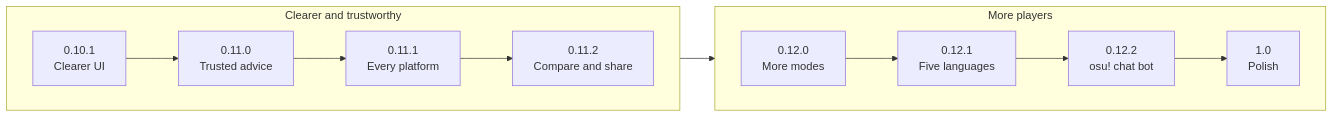
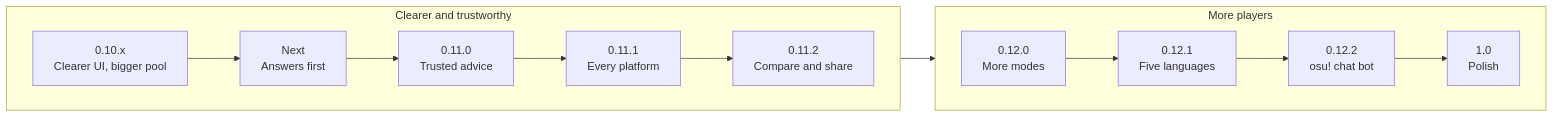
One commit to DeMotione/osu-coach changed the diagram in ROADMAP.md. Above: the diagram before and after it, drawn with Mermaid. The commit also changed other lines of this file and 1 other file, not shown here.

Commit message:
README and roadmap: bring them up to date with 0.10.3 and main

````diff
--- a/ROADMAP.md
+++ b/ROADMAP.md
@@ -18,12 +9,12 @@
 ```mermaid
 flowchart LR
     subgraph s1 ["Clearer and trustworthy"]
         direction LR
-        A["0.10.1<br/>Clearer UI"] --> B["0.11.0<br/>Trusted advice"] --> C["0.11.1<br/>Every platform"] --> D["0.11.2<br/>Compare and share"]
+        A["0.10.x<br/>Clearer UI, bigger pool"] --> N["Next<br/>Answers first"] --> B["0.11.0<br/>Trusted advice"] --> C["0.11.1<br/>Every platform"] --> D["0.11.2<br/>Compare and share"]
     end
     subgraph s2 ["More players"]
         direction LR
         E["0.12.0<br/>More modes"] --> F["0.12.1<br/>Five languages"] --> G["0.12.2<br/>osu! chat bot"] --> H["1.0<br/>Polish"]
     end
     D --> E
 ```
````
